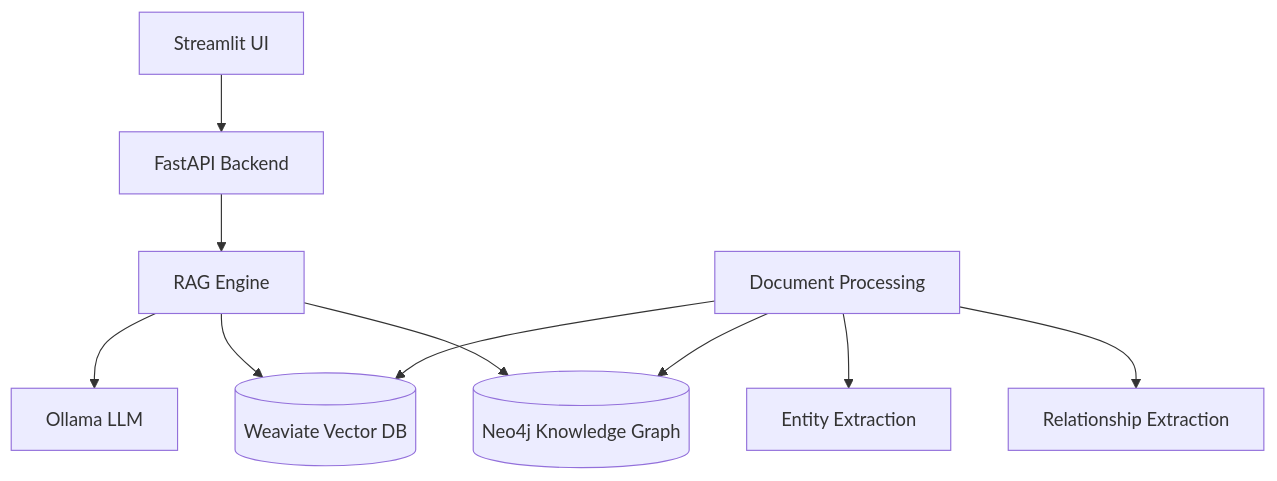
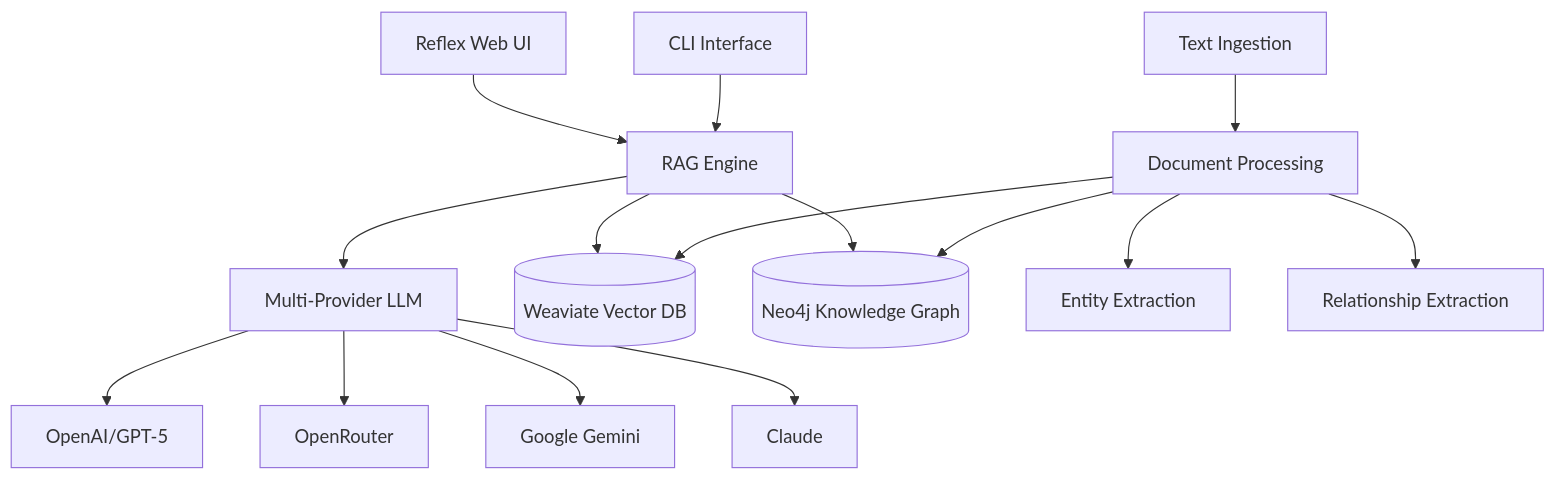
The diagram in README.md (blemz/arete), drawn with Mermaid before and after one commit. The commit also changed other lines of this file and 2 other files, not shown here.

````diff
--- a/README.md
+++ b/README.md
@@ -19,13 +19,19 @@
 ```mermaid
 graph TB
-    UI[Streamlit UI] --> API[FastAPI Backend]
-    API --> RAG[RAG Engine]
-    RAG --> LLM[Ollama LLM]
+    UI[Reflex Web UI] --> RAG[RAG Engine]
+    CLI[CLI Interface] --> RAG
+    RAG --> LLM[Multi-Provider LLM]
     RAG --> VDB[(Weaviate Vector DB)]
     RAG --> KG[(Neo4j Knowledge Graph)]
-    
-    Processing[Document Processing] --> VDB
+
+    Ingest[Text Ingestion] --> Processing[Document Processing]
+    Processing --> VDB
     Processing --> KG
     Processing --> NER[Entity Extraction]
     Processing --> REL[Relationship Extraction]
+
+    LLM --> OpenAI[OpenAI/GPT-5]
+    LLM --> OpenRouter[OpenRouter]
+    LLM --> Gemini[Google Gemini]
+    LLM --> Anthropic[Claude]
 ```
````
